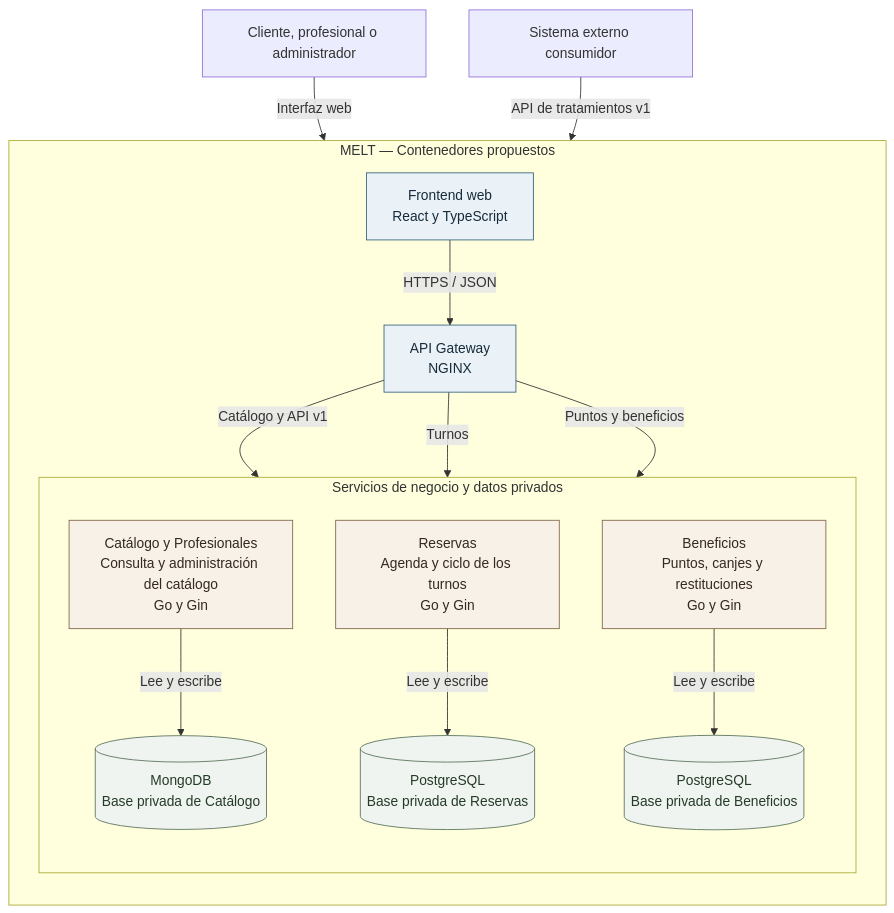
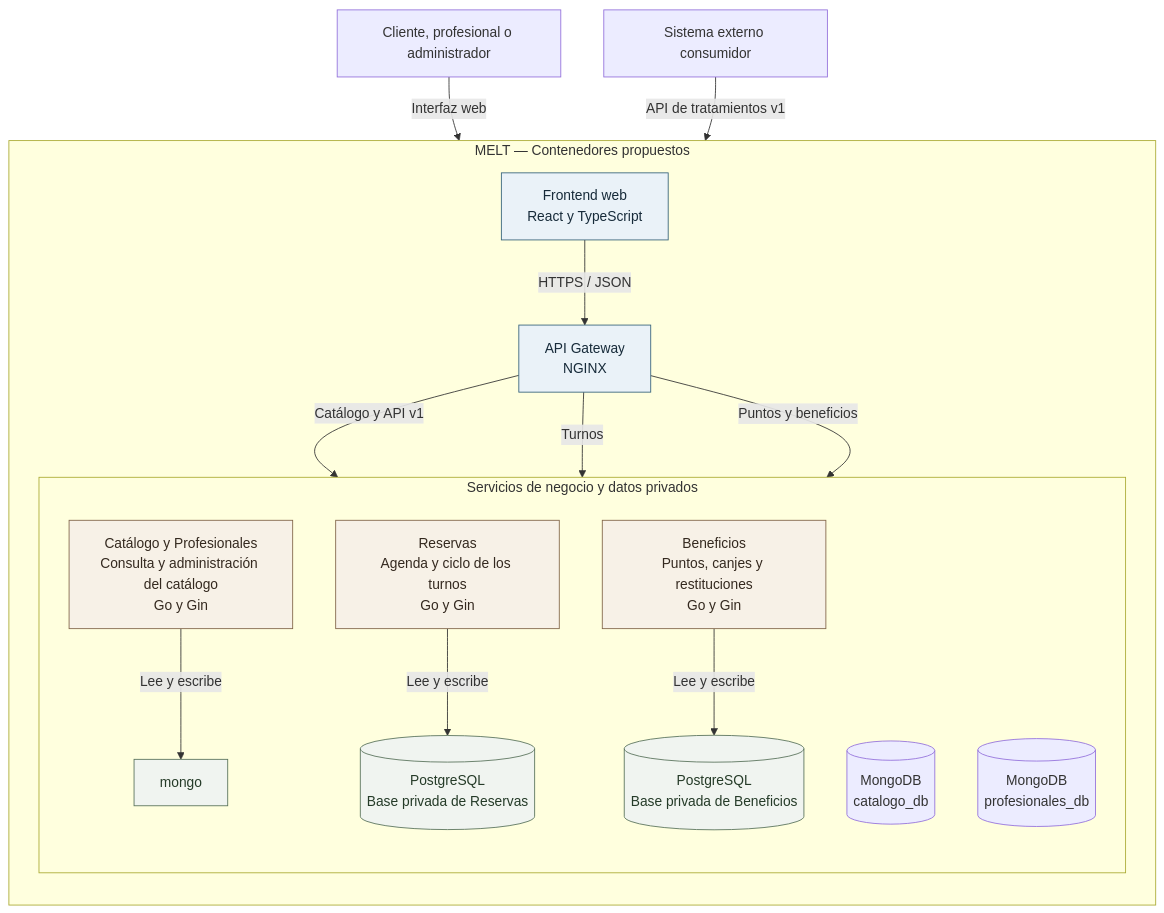
The second of 2 diagrams in docs/ARCHITECTURE.md (annagarebertoo/MELT), drawn with Mermaid before and after one commit. The commit also changed other lines of this file, not shown here.

Commit message:
docs: alinear alcance con decisiones funcionales

````diff
--- a/docs/ARCHITECTURE.md
+++ b/docs/ARCHITECTURE.md
@@ -42,40 +42,41 @@
 ```mermaid
 flowchart TB
     usuario["Cliente, profesional o administrador"]
     externo["Sistema externo consumidor"]
 
     subgraph MELT["MELT — Contenedores propuestos"]
         direction TB
         web["Frontend web<br/>React y TypeScript"]
         gateway["API Gateway<br/>NGINX"]
 
         subgraph servicios["Servicios de negocio y datos privados"]
             direction TB
             catalogo["Catálogo y Profesionales<br/>Consulta y administración del catálogo<br/>Go y Gin"]
             reservas["Reservas<br/>Agenda y ciclo de los turnos<br/>Go y Gin"]
             beneficios["Beneficios<br/>Puntos, canjes y restituciones<br/>Go y Gin"]
-            mongo[("MongoDB<br/>Base privada de Catálogo")]
+            mongo1[("MongoDB<br/>catalogo_db")]
+             mongo2[("MongoDB<br/>profesionales_db")]
             pgres[("PostgreSQL<br/>Base privada de Reservas")]
             pgbenef[("PostgreSQL<br/>Base privada de Beneficios")]
 
             catalogo -->|"Lee y escribe"| mongo
             reservas -->|"Lee y escribe"| pgres
             beneficios -->|"Lee y escribe"| pgbenef
         end
 
         web -->|"HTTPS / JSON"| gateway
         gateway -->|"Catálogo y API v1"| catalogo
         gateway -->|"Turnos"| reservas
         gateway -->|"Puntos y beneficios"| beneficios
     end
 
     usuario -->|"Interfaz web"| web
     externo -->|"API de tratamientos v1"| gateway
 
     classDef acceso fill:#eaf2f8,stroke:#35627a,color:#172b3a;
     classDef servicio fill:#f7f1e7,stroke:#806449,color:#34291f;
     classDef datos fill:#f0f4f0,stroke:#58715a,color:#253b28;
     class web,gateway acceso;
     class catalogo,reservas,beneficios servicio;
     class mongo,pgres,pgbenef datos;
 ```
````
